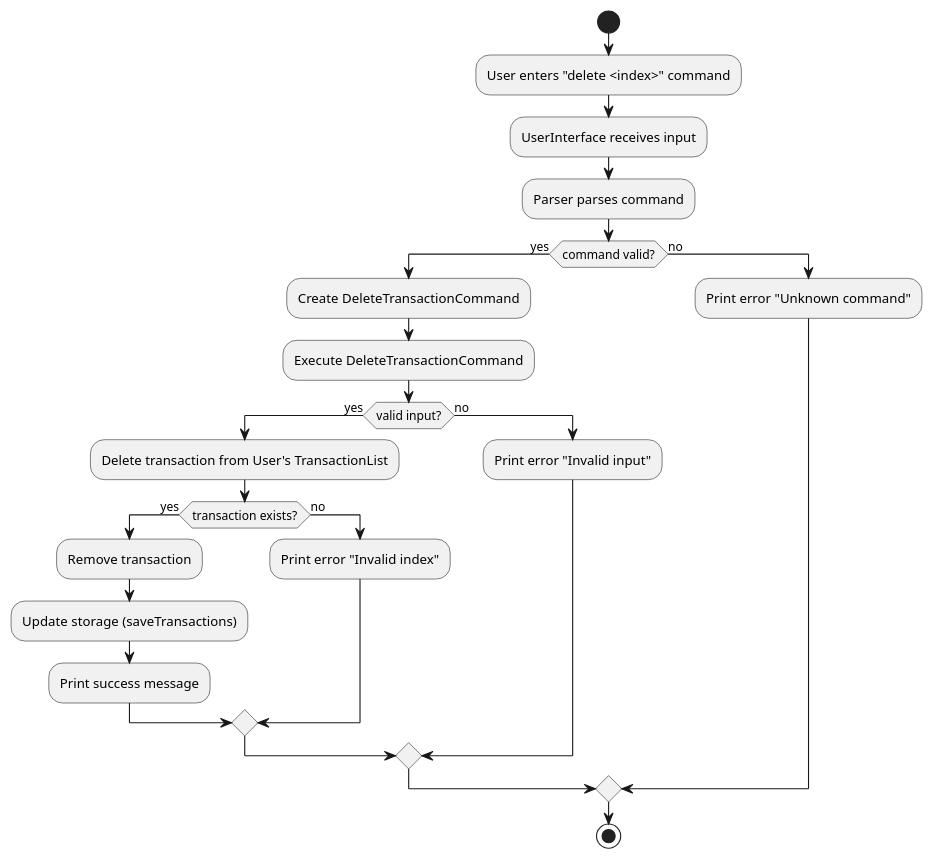
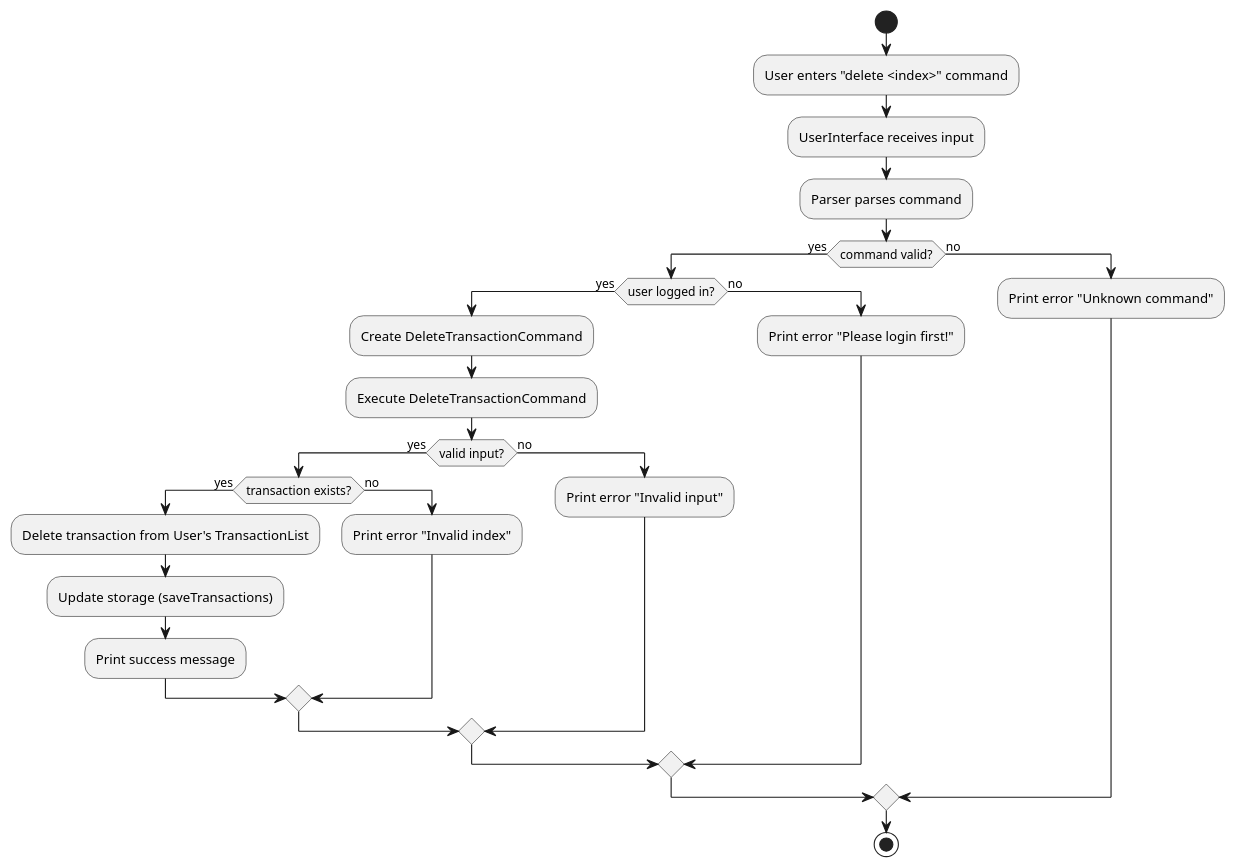
One commit to AY2526S1-CS2113-W10-2/tp changed the diagram in docs/team/CommandFeature/deleteCommand/deleteCommandActivity.puml. Above: the diagram before and after it, drawn with PlantUML. The commit also changed 12 other files, not shown here.

```diff
--- a/docs/team/CommandFeature/deleteCommand/deleteCommandActivity.puml
+++ b/docs/team/CommandFeature/deleteCommand/deleteCommandActivity.puml
@@ -1,33 +1,38 @@
 @startuml
 'https://plantuml.com/activity-diagram-beta
 
 'title Delete Transaction Activity Diagram
 
 start
 
 :User enters "delete <index>" command;
 :UserInterface receives input;
 
 :Parser parses command;
 if (command valid?) then (yes)
+
+    if (user logged in?) then (yes)
     :Create DeleteTransactionCommand;
     :Execute DeleteTransactionCommand;
-    if (valid input?) then (yes)
-        :Delete transaction from User's TransactionList;
-        if (transaction exists?) then (yes)
-            :Remove transaction;
-            :Update storage (saveTransactions);
-            :Print success message;
+        if (valid input?) then (yes)
+            if (transaction exists?) then (yes)
+                :Delete transaction from User's TransactionList;
+                :Update storage (saveTransactions);
+                :Print success message;
+            else (no)
+                :Print error "Invalid index";
+            endif
         else (no)
-            :Print error "Invalid index";
+            :Print error "Invalid input";
         endif
     else (no)
-        :Print error "Invalid input";
+        :Print error "Please login first!";
     endif
+
 else (no)
     :Print error "Unknown command";
 endif
 
 stop
 
 @enduml
```
